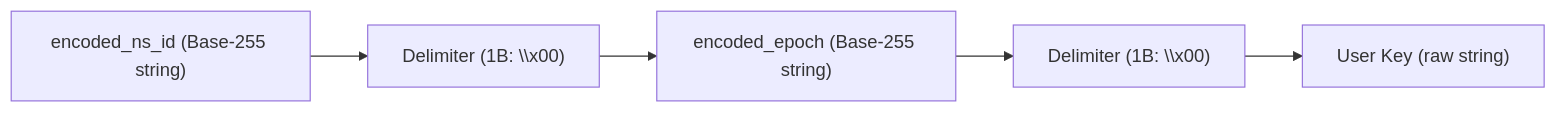
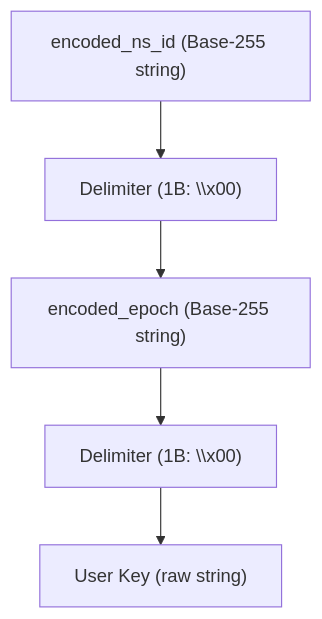
One commit to miewx/eloqkv changed the first of 2 diagrams in design.md. Above: the diagram before and after it, drawn with Mermaid. The commit also changed other lines of this file and 3 other files, not shown here.

````diff
--- a/design.md
+++ b/design.md
@@ -38,7 +38,7 @@
       ```mermaid
-      graph LR
+      graph TD
           NS_ID["encoded_ns_id (Base-255 string)"] --> DELIM1["Delimiter (1B: \\x00)"]
           DELIM1 --> EPOCH["encoded_epoch (Base-255 string)"]
           EPOCH --> DELIM2["Delimiter (1B: \\x00)"]
           DELIM2 --> USER_KEY["User Key (raw string)"]
       ```
````
